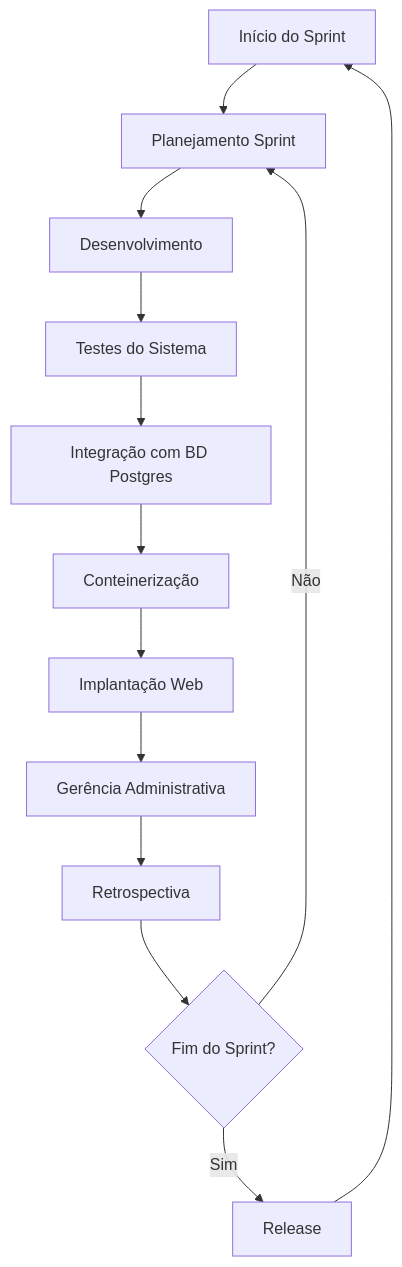
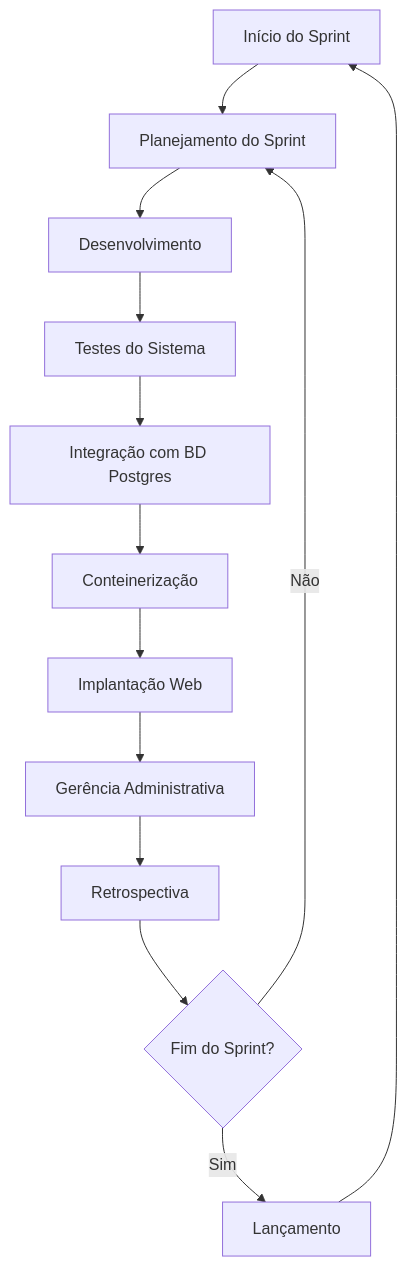
Before and after one commit to llopes05/pds-corporativo: the first of 8 diagrams in index.md, drawn with Mermaid. The commit also changed other lines of this file and 2 other files, not shown here.

````diff
--- a/index.md
+++ b/index.md
@@ -9,15 +9,15 @@
 ```mermaid
 flowchart TD
-    A[Início do Sprint] --> B[Planejamento Sprint]
+    A[Início do Sprint] --> B[Planejamento do Sprint]
     B --> C[Desenvolvimento]
     C --> D[Testes do Sistema]
     D --> E[Integração com BD Postgres]
     E --> F[Conteinerização]
     F --> G[Implantação Web]
     G --> H[Gerência Administrativa]
     H --> I[Retrospectiva]
     I --> J{Fim do Sprint?}
     J -->|Não| B
-    J -->|Sim| K[Release]
+    J -->|Sim| K[Lançamento]
     K --> A
 ```
````
